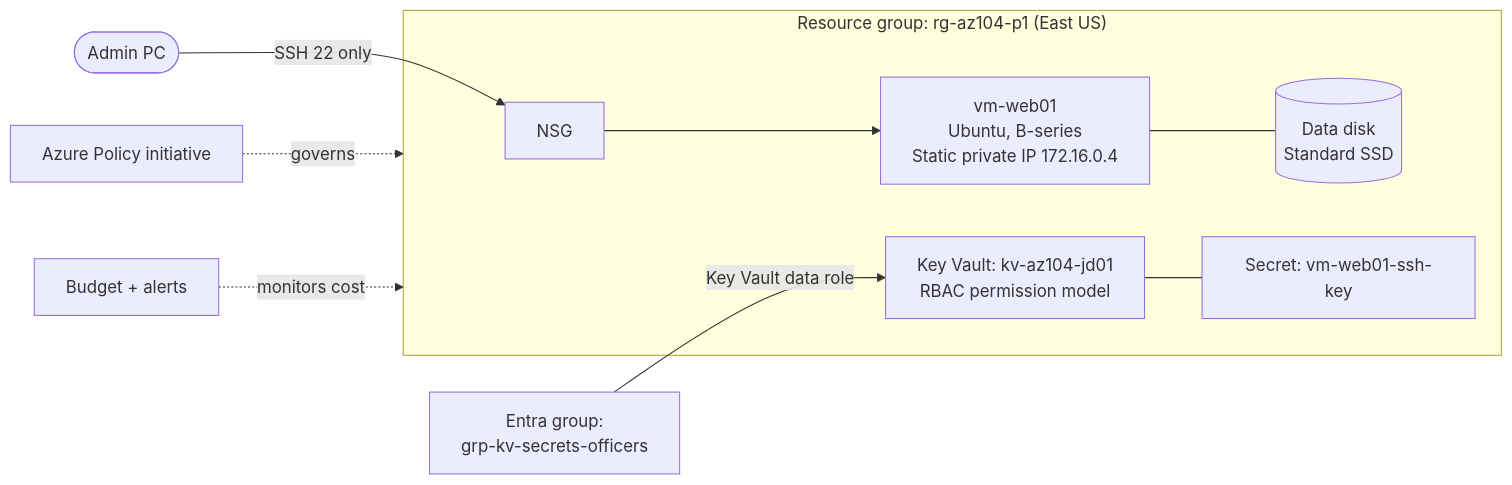
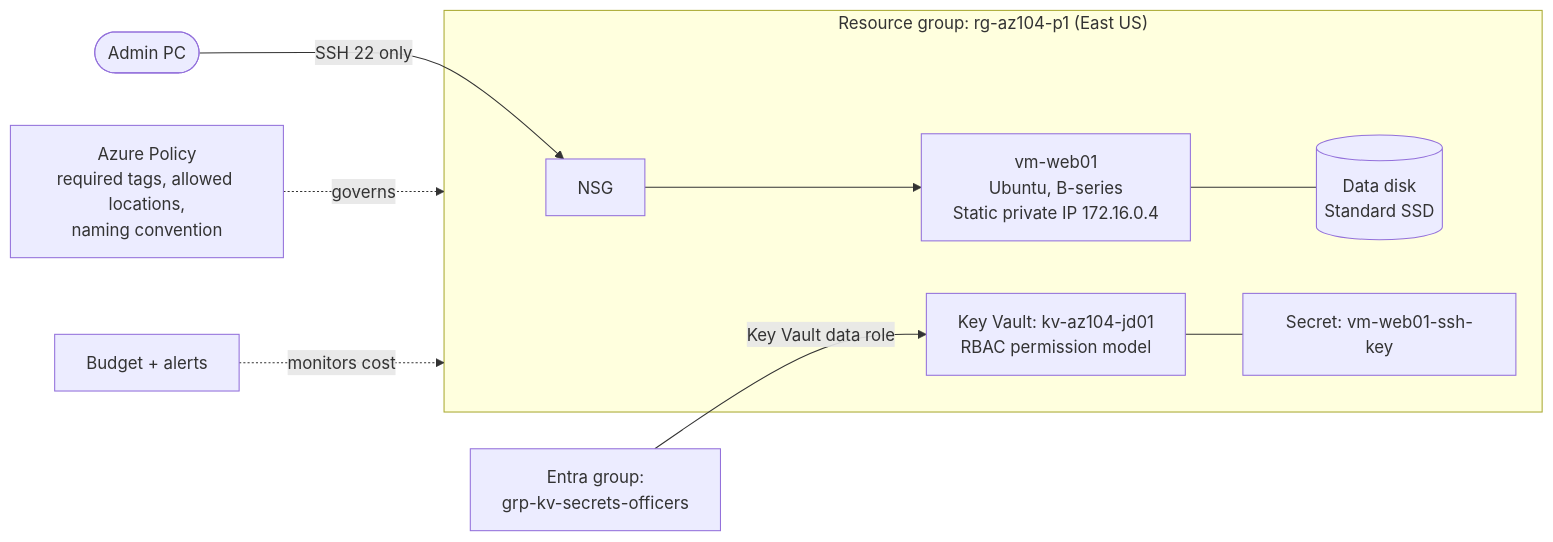
One commit to jddeclercq/azure-labs changed the diagram in 01-compute-identity-governance/README.md. Above: the diagram before and after it, drawn with Mermaid. The commit also changed other lines of this file and 2 other files, not shown here.

Commit message:
Correct Project 1 policy details and clarify Project 2 testing

````diff
--- a/01-compute-identity-governance/README.md
+++ b/01-compute-identity-governance/README.md
@@ -11,13 +11,13 @@
 ```mermaid
 flowchart LR
     Admin([Admin PC]) -- "SSH 22 only" --> NSG[NSG]
     subgraph RG["Resource group: rg-az104-p1 (East US)"]
         NSG --> VM["vm-web01<br/>Ubuntu, B-series<br/>Static private IP 172.16.0.4"]
         VM --- Disk[("Data disk<br/>Standard SSD")]
         KV["Key Vault: kv-az104-jd01<br/>RBAC permission model"]
         KV --- Secret["Secret: vm-web01-ssh-key"]
     end
     Group["Entra group:<br/>grp-kv-secrets-officers"] -- "Key Vault data role" --> KV
-    Policy["Azure Policy initiative"] -. governs .-> RG
+    Policy["Azure Policy<br/>required tags, allowed locations,<br/>naming convention"] -. governs .-> RG
     Budget["Budget + alerts"] -. monitors cost .-> RG
 ```
````
